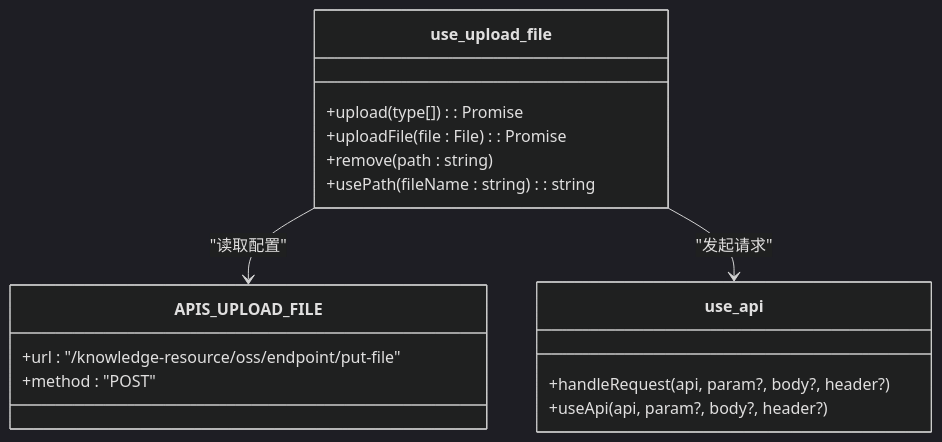
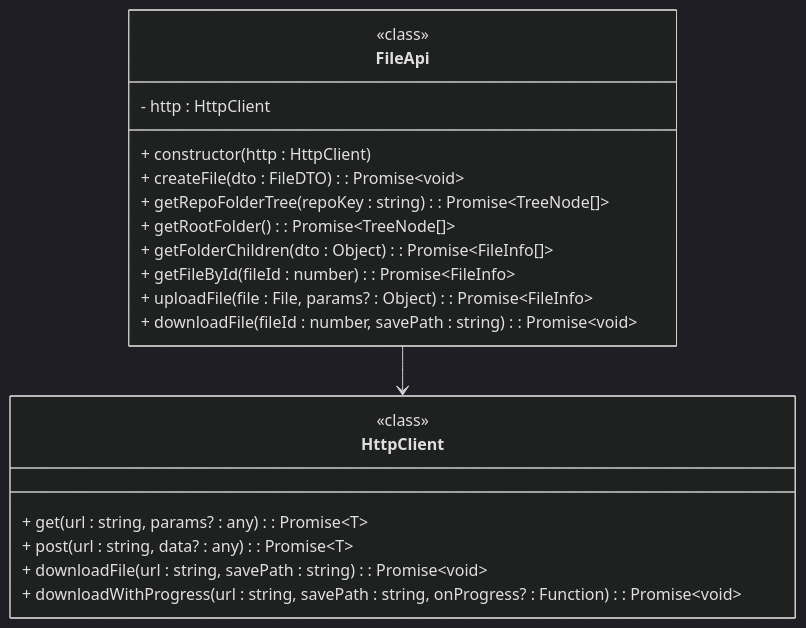
One commit to LRF0422/Kotion changed the second of 3 diagrams in .qoder/repowiki/zh/content/API参考/文件上传API.md. Above: the diagram before and after it, drawn with Mermaid (dark theme). The commit also changed other lines of this file and 75 other files, not shown here.

````diff
--- a/.qoder/repowiki/zh/content/API参考/文件上传API.md
+++ b/.qoder/repowiki/zh/content/API参考/文件上传API.md
@@ -212,19 +100,23 @@
 ```mermaid
 classDiagram
-class APIS_UPLOAD_FILE {
-+url : "/knowledge-resource/oss/endpoint/put-file"
-+method : "POST"
+class FileApi {
+<<class>>
+- http : HttpClient
++ constructor(http : HttpClient)
++ createFile(dto : FileDTO) : Promise~void~
++ getRepoFolderTree(repoKey : string) : Promise~TreeNode[]~
++ getRootFolder() : Promise~TreeNode[]~
++ getFolderChildren(dto : Object) : Promise~FileInfo[]~
++ getFileById(fileId : number) : Promise~FileInfo~
++ uploadFile(file : File, params? : Object) : Promise~FileInfo~
++ downloadFile(fileId : number, savePath : string) : Promise~void~
 }
-class use_upload_file {
-+upload(type[]) : Promise<KnowledgeFile>
-+uploadFile(file : File) : Promise<KnowledgeFile>
-+remove(path : string)
-+usePath(fileName : string) : string
+class HttpClient {
+<<class>>
++ get(url : string, params? : any) : Promise~T~
++ post(url : string, data? : any) : Promise~T~
++ downloadFile(url : string, savePath : string) : Promise~void~
++ downloadWithProgress(url : string, savePath : string, onProgress? : Function) : Promise~void~
 }
-class use_api {
-+handleRequest(api, param?, body?, header?)
-+useApi(api, param?, body?, header?)
-}
-use_upload_file --> APIS_UPLOAD_FILE : "读取配置"
-use_upload_file --> use_api : "发起请求"
+FileApi --> HttpClient
 ```
````
